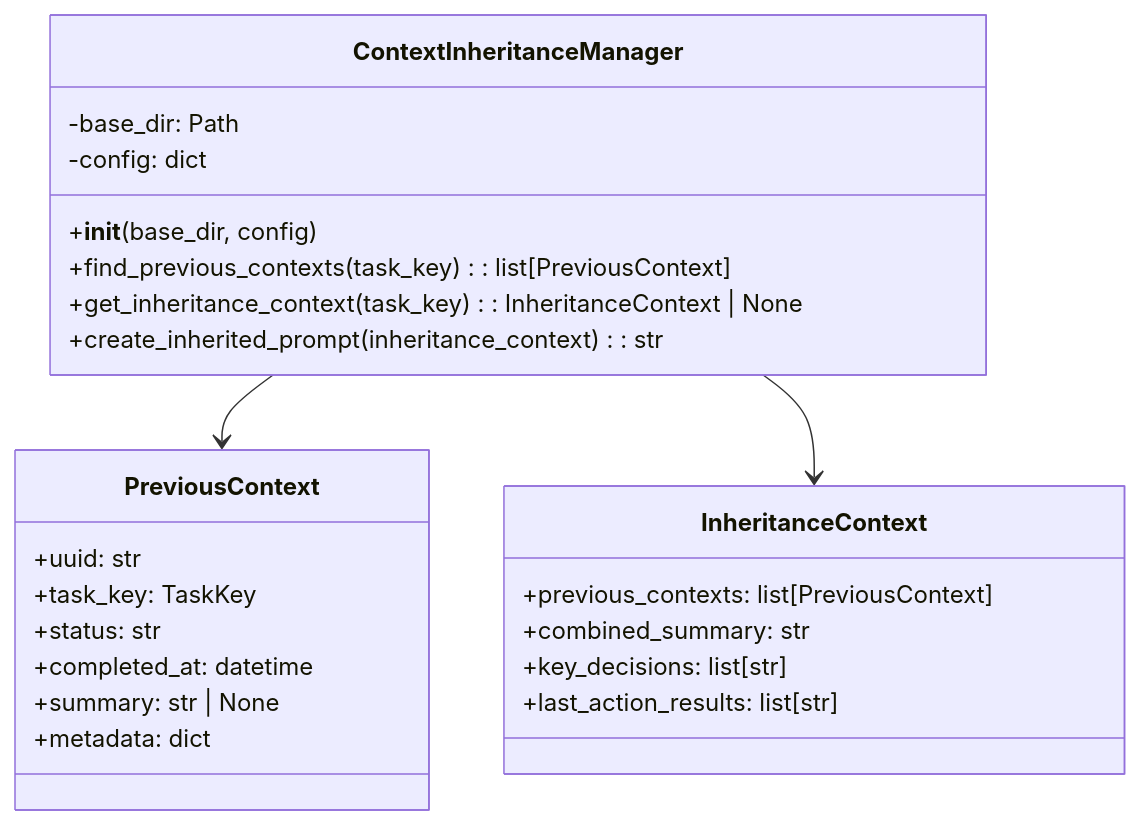
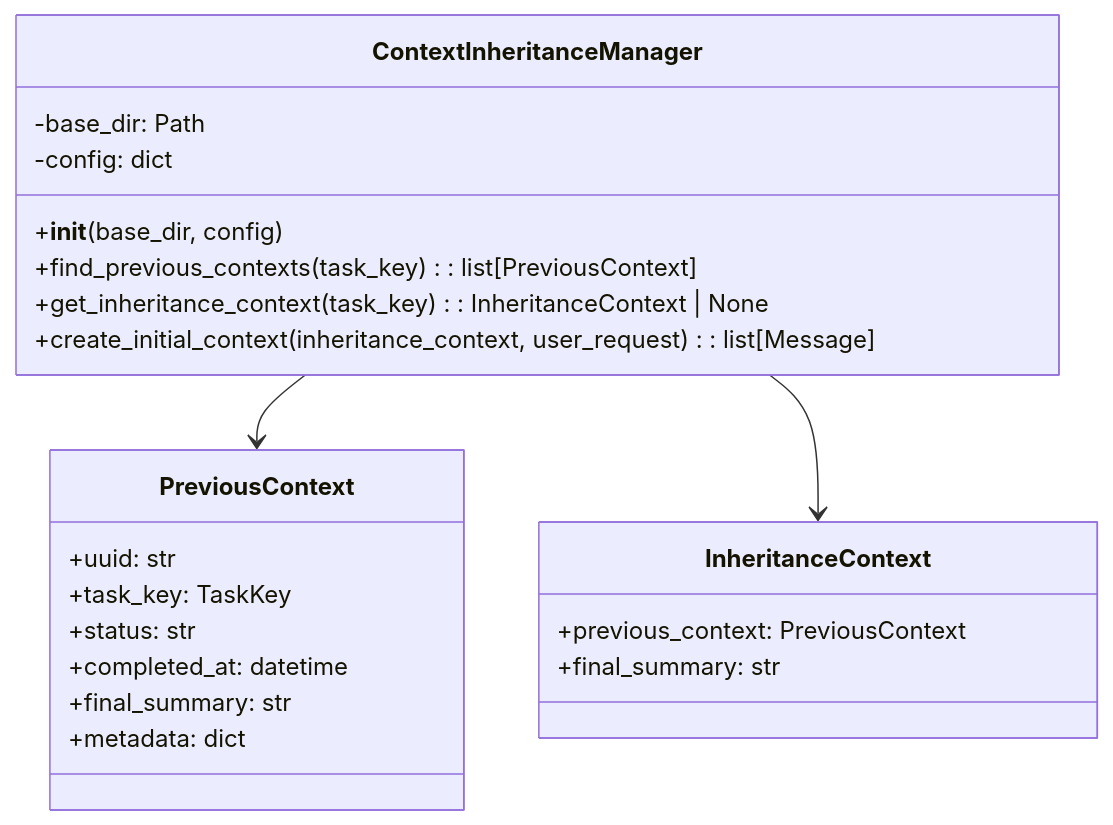
One commit to notfolder/coding_agent changed the second of 3 diagrams in docs/spec/CONTEXT_INHERITANCE_SPECIFICATION.md. Above: the diagram before and after it, drawn with Mermaid. The commit also changed other lines of this file, not shown here.

Commit message:
Address review feedback: simplify context inheritance specification

````diff
--- a/docs/spec/CONTEXT_INHERITANCE_SPECIFICATION.md
+++ b/docs/spec/CONTEXT_INHERITANCE_SPECIFICATION.md
@@ -91,30 +85,28 @@
 ```mermaid
 classDiagram
     class ContextInheritanceManager {
         -base_dir: Path
         -config: dict
         +__init__(base_dir, config)
         +find_previous_contexts(task_key): list[PreviousContext]
         +get_inheritance_context(task_key): InheritanceContext | None
-        +create_inherited_prompt(inheritance_context): str
+        +create_initial_context(inheritance_context, user_request): list[Message]
     }
     
     class PreviousContext {
         +uuid: str
         +task_key: TaskKey
         +status: str
         +completed_at: datetime
-        +summary: str | None
+        +final_summary: str
         +metadata: dict
     }
     
     class InheritanceContext {
-        +previous_contexts: list[PreviousContext]
-        +combined_summary: str
-        +key_decisions: list[str]
-        +last_action_results: list[str]
+        +previous_context: PreviousContext
+        +final_summary: str
     }
     
     ContextInheritanceManager --> PreviousContext
     ContextInheritanceManager --> InheritanceContext
 ```
````
